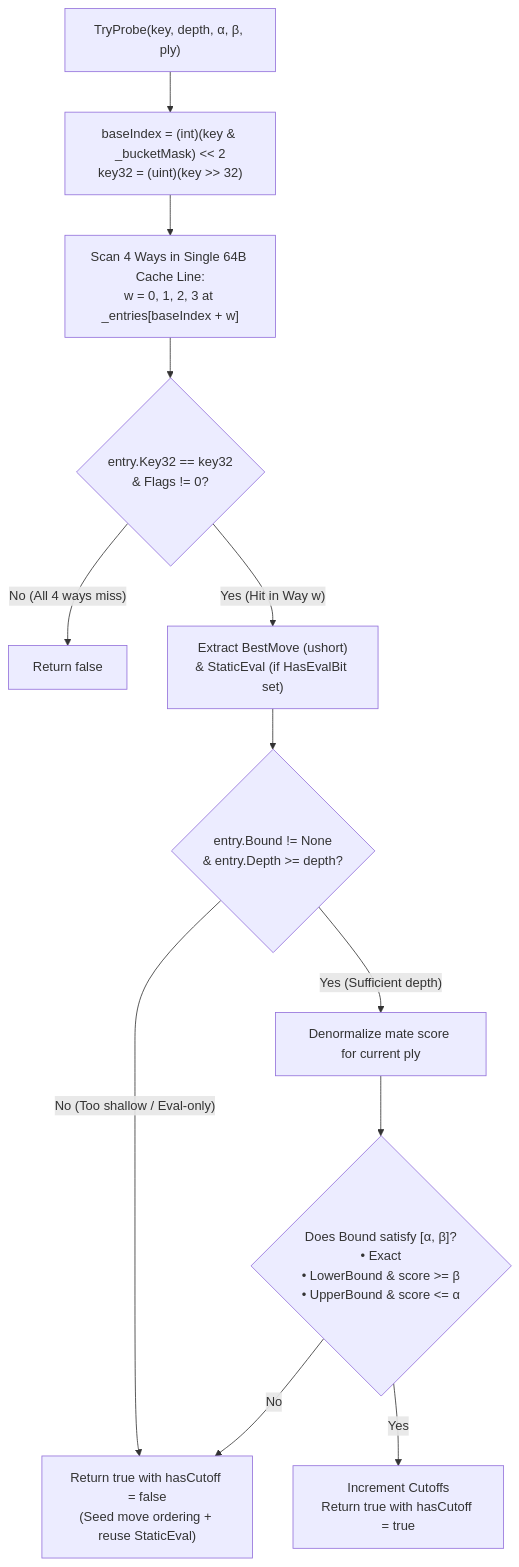
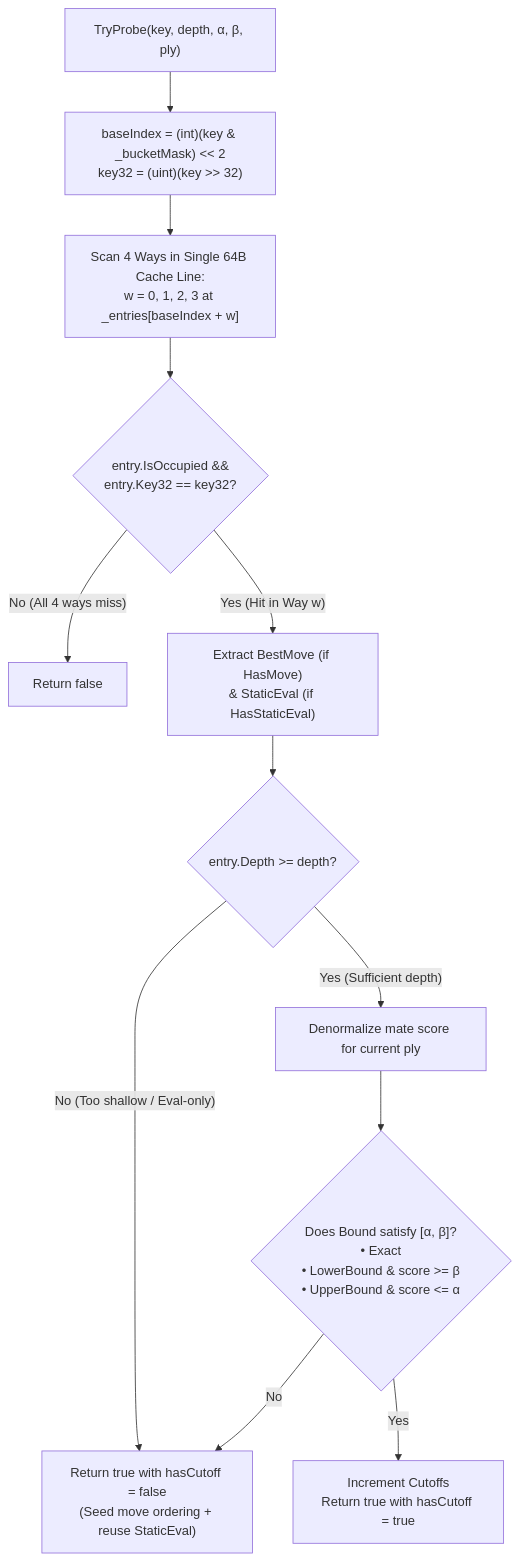
One commit to cjp-dev/Checkers changed the diagram in docs/brain/08-transposition-table.md. Above: the diagram before and after it, drawn with Mermaid. The commit also changed other lines of this file and 16 other files, not shown here.

````diff
--- a/docs/brain/08-transposition-table.md
+++ b/docs/brain/08-transposition-table.md
@@ -64,14 +67,14 @@
 ```mermaid
 flowchart TD
     Probe["TryProbe(key, depth, α, β, ply)"] --> Base["baseIndex = (int)(key &amp; _bucketMask) &lt;&lt; 2<br/>key32 = (uint)(key &gt;&gt; 32)"]
     Base --> Scan["Scan 4 Ways in Single 64B Cache Line:<br/>w = 0, 1, 2, 3 at _entries[baseIndex + w]"]
-    Scan --> Match{"entry.Key32 == key32<br/>&amp; Flags != 0?"}
+    Scan --> Match{"entry.IsOccupied &amp;&amp;<br/>entry.Key32 == key32?"}
     Match -- "No (All 4 ways miss)" --> Miss["Return false"]
-    Match -- "Yes (Hit in Way w)" --> Extract["Extract BestMove (ushort)<br/>&amp; StaticEval (if HasEvalBit set)"]
-    Extract --> CheckDepth{"entry.Bound != None<br/>&amp; entry.Depth >= depth?"}
+    Match -- "Yes (Hit in Way w)" --> Extract["Extract BestMove (if HasMove)<br/>&amp; StaticEval (if HasStaticEval)"]
+    Extract --> CheckDepth{"entry.Depth >= depth?"}
     CheckDepth -- "No (Too shallow / Eval-only)" --> OrderOnly["Return true with hasCutoff = false<br/>(Seed move ordering + reuse StaticEval)"]
     CheckDepth -- "Yes (Sufficient depth)" --> Norm["Denormalize mate score for current ply"]
     Norm --> CheckBound{"Does Bound satisfy [α, β]?<br/>• Exact<br/>• LowerBound &amp; score >= β<br/>• UpperBound &amp; score <= α"}
     CheckBound -- "Yes" --> Cutoff["Increment Cutoffs<br/>Return true with hasCutoff = true"]
     CheckBound -- "No" --> OrderOnly
 ```
````
